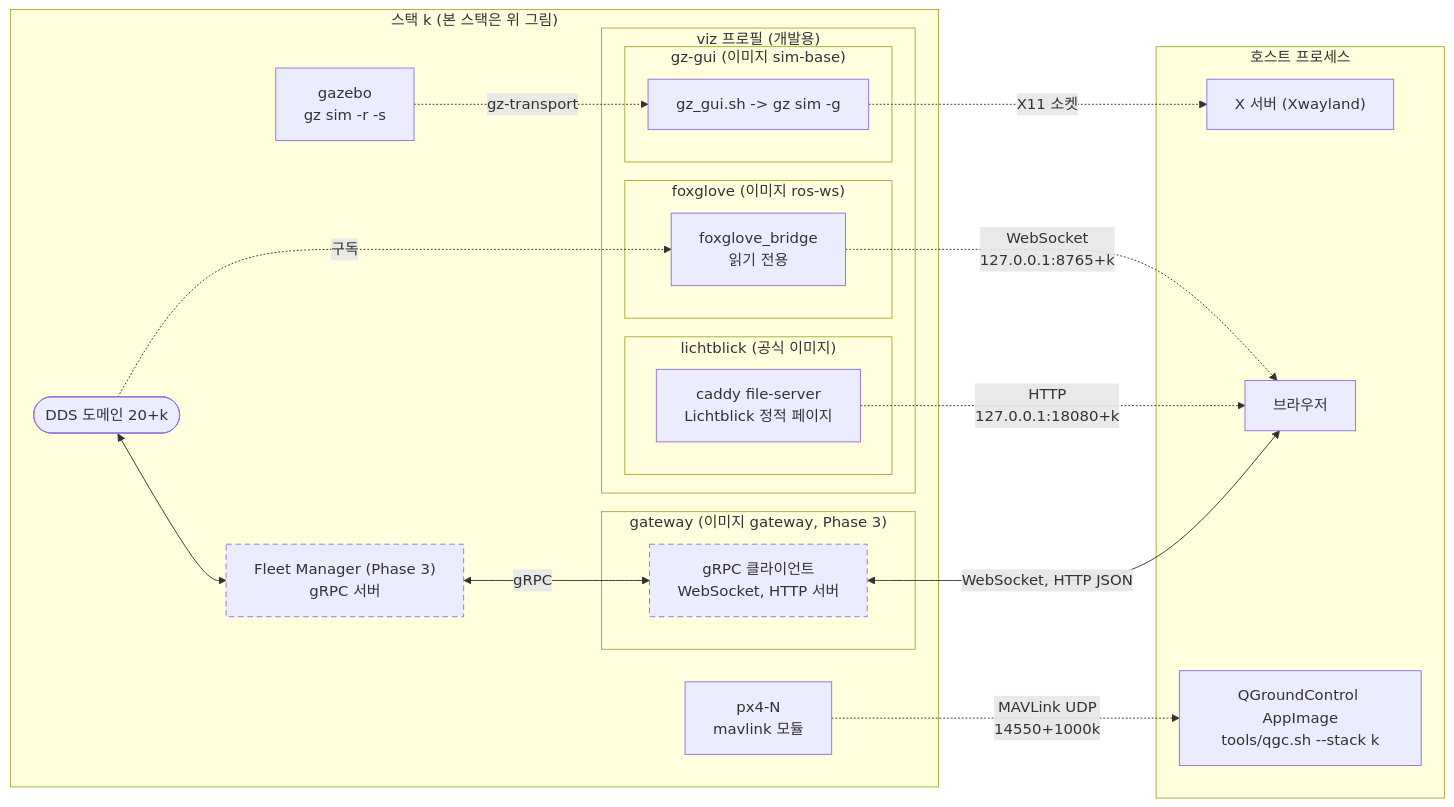
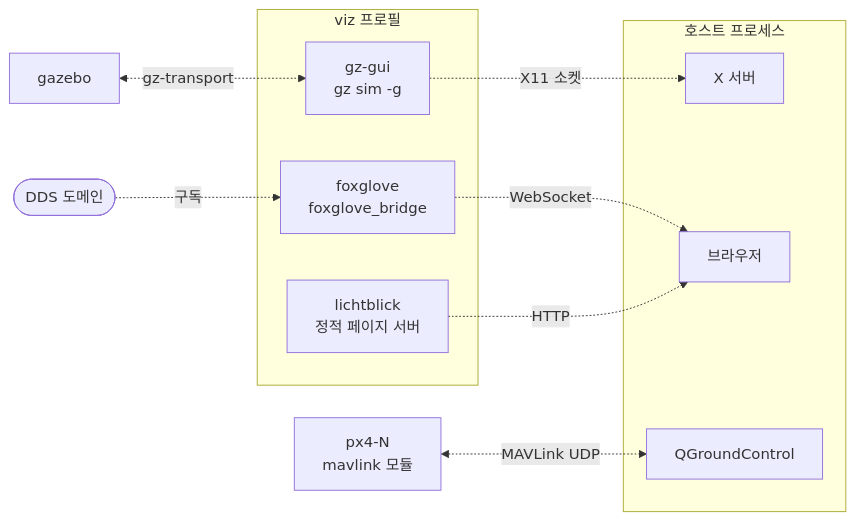
Before and after one commit to danielhongwoo/idsim: the sixth of 8 diagrams in docs/architecture.md, drawn with Mermaid. The commit also changed other lines of this file and 1 other file, not shown here.

````diff
--- a/docs/architecture.md
+++ b/docs/architecture.md
@@ -237,41 +324,23 @@
 ```mermaid
 flowchart LR
-  subgraph STACKB["스택 k (본 스택은 위 그림)"]
-    PXB["px4-N<br/>mavlink 모듈"]
-    GZB["gazebo<br/>gz sim -r -s"]
-    DDSB(["DDS 도메인 20+k"])
-    subgraph VIZ["viz 프로필 (개발용)"]
-      subgraph GUI["gz-gui (이미지 sim-base)"]
-        GUIP["gz_gui.sh -> gz sim -g"]
-      end
-      subgraph FOX["foxglove (이미지 ros-ws)"]
-        FOXP["foxglove_bridge<br/>읽기 전용"]
-      end
-      subgraph LB["lichtblick (공식 이미지)"]
-        LBP["caddy file-server<br/>Lichtblick 정적 페이지"]
-      end
-    end
-    FM["Fleet Manager (Phase 3)<br/>gRPC 서버"]
-    subgraph GW["gateway (이미지 gateway, Phase 3)"]
-      GWP["gRPC 클라이언트<br/>WebSocket, HTTP 서버"]
-    end
+  GZ3["gazebo"]
+  DDS3(["DDS 도메인"])
+  PX3["px4-N<br/>mavlink 모듈"]
+  subgraph VIZC["viz 프로필"]
+    GUI["gz-gui<br/>gz sim -g"]
+    FOX["foxglove<br/>foxglove_bridge"]
+    LB["lichtblick<br/>정적 페이지 서버"]
   end
-  subgraph HOSTB["호스트 프로세스"]
-    XS["X 서버 (Xwayland)"]
+  subgraph HOSTC["호스트 프로세스"]
+    XS["X 서버"]
     WEB["브라우저"]
-    QGC["QGroundControl AppImage<br/>tools/qgc.sh --stack k"]
+    QGC["QGroundControl"]
   end
 
-  GZB -.->|"gz-transport"| GUIP
-  GUIP -.->|"X11 소켓"| XS
-  DDSB -.->|"구독"| FOXP
-  FOXP -.->|"WebSocket<br/>127.0.0.1:8765+k"| WEB
-  LBP -.->|"HTTP<br/>127.0.0.1:18080+k"| WEB
-  PXB -.->|"MAVLink UDP<br/>14550+1000k"| QGC
-  DDSB <--> FM
-  FM <-->|"gRPC"| GWP
-  GWP <-->|"WebSocket, HTTP JSON"| WEB
-
-  classDef later stroke-dasharray: 6 4
-  class FM,GWP later
+  GZ3 <-.->|"gz-transport"| GUI
+  GUI -.->|"X11 소켓"| XS
+  DDS3 -.->|"구독"| FOX
+  FOX -.->|"WebSocket"| WEB
+  LB -.->|"HTTP"| WEB
+  PX3 <-.->|"MAVLink UDP"| QGC
 ```
````
